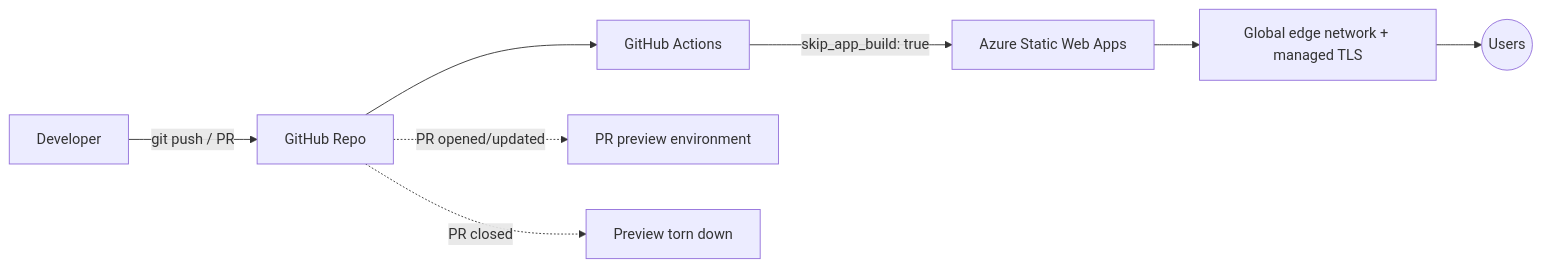
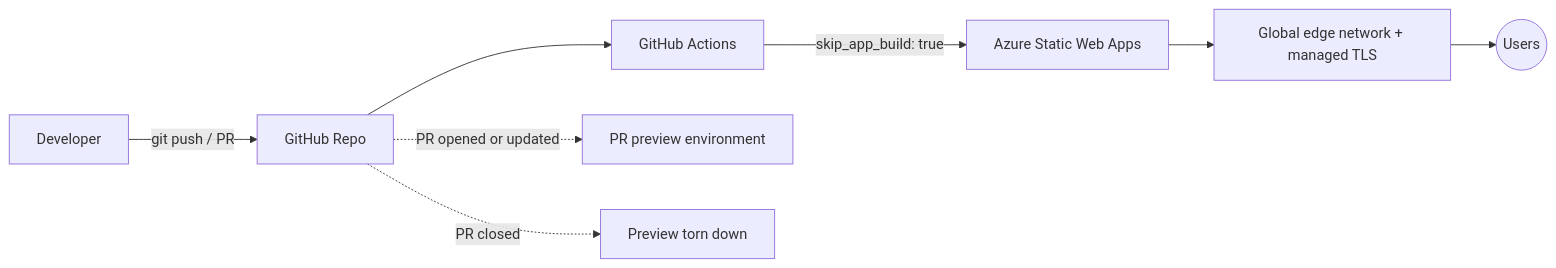
The diagram in README.md (yossefseit/yossefseit.github.io), drawn with Mermaid before and after one commit. The commit also changed 1 other file, not shown here.

Commit message:
Fix Mermaid label quoting

````diff
--- a/README.md
+++ b/README.md
@@ -61,11 +61,11 @@
 ```mermaid
 flowchart LR
-    Dev[Developer] -->|git push / PR| GH[GitHub Repo]
-    GH --> GHA[GitHub Actions]
-    GHA -->|skip_app_build: true| SWA[Azure Static Web Apps]
-    SWA --> Edge[Global edge network + managed TLS]
-    Edge --> Users((Users))
+    Dev["Developer"] -->|"git push / PR"| GH["GitHub Repo"]
+    GH --> GHA["GitHub Actions"]
+    GHA -->|"skip_app_build: true"| SWA["Azure Static Web Apps"]
+    SWA --> Edge["Global edge network + managed TLS"]
+    Edge --> Users(("Users"))
 
-    GH -.PR opened/updated.-> Preview[PR preview environment]
-    GH -.PR closed.-> Teardown[Preview torn down]
+    GH -.->|"PR opened or updated"| Preview["PR preview environment"]
+    GH -.->|"PR closed"| Teardown["Preview torn down"]
 ```
````
